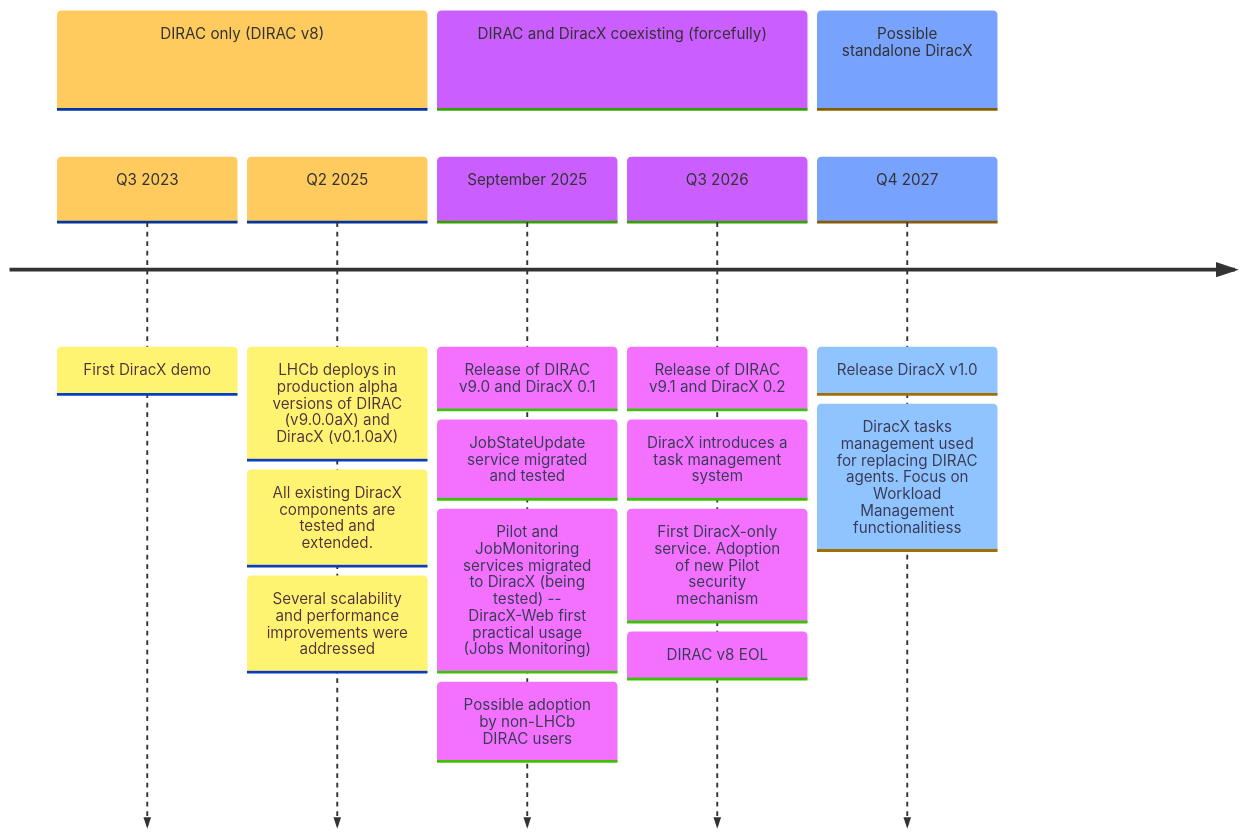
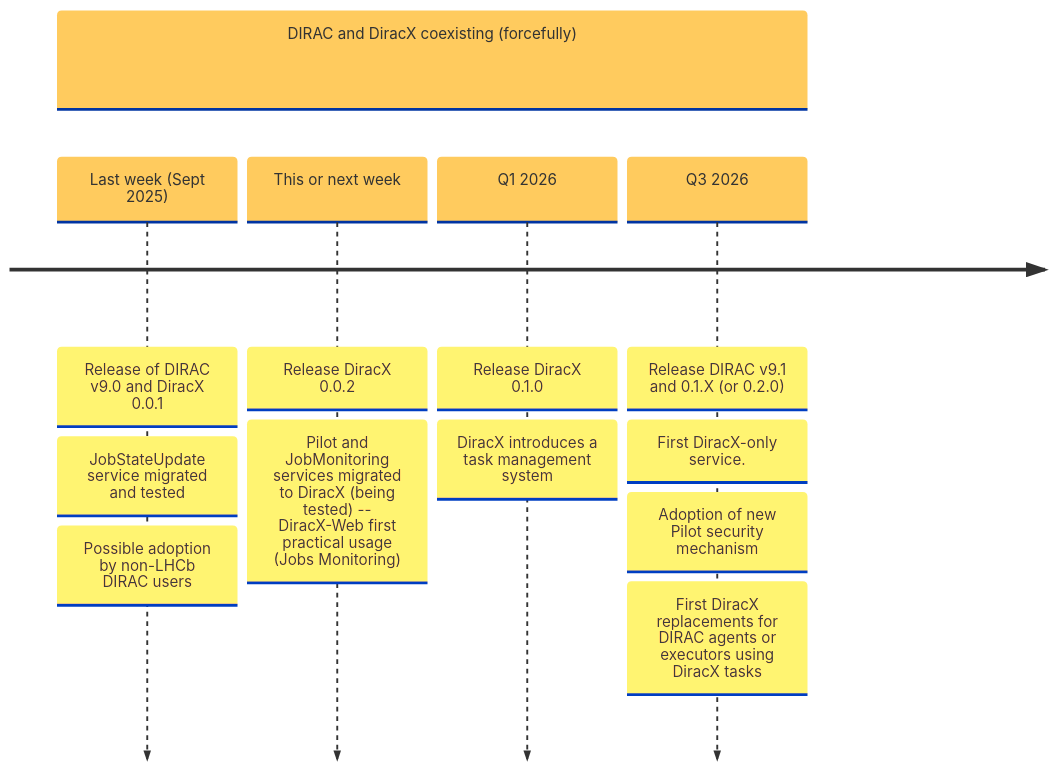
Before and after one commit to fstagni/2025_DUW_main: the second of 4 diagrams in slides.md, drawn with Mermaid. The commit also changed other lines of this file, not shown here.

Commit message:
better timelines

````diff
--- a/slides.md
+++ b/slides.md
@@ -45,21 +117,16 @@
 ```mermaid {scale:0.5}
 %%{init: { 'logLevel': 'debug', 'theme': 'base', 'timeline': {'disableMulticolor': true}}}%%
     timeline
-        section DIRAC only (DIRAC v8)
-            Q3 2023 : First DiracX demo
-            Q2 2025 : LHCb deploys in production alpha versions of DIRAC (v9.0.0aX) and DiracX (v0.1.0aX)
-                    : All existing DiracX components are tested and extended.
-                    : Several scalability and performance improvements were addressed
         section DIRAC and DiracX coexisting (forcefully)
-            September 2025 : Release of DIRAC v9.0 and DiracX 0.1
-                           : JobStateUpdate service migrated and tested
-                           : Pilot and JobMonitoring services migrated to DiracX (being tested) -- DiracX-Web first practical usage (Jobs Monitoring)
-                           : Possible adoption by non-LHCb DIRAC users
-            Q3 2026 : Release of DIRAC v9.1 and DiracX 0.2
+            Last week (Sept 2025) : Release of DIRAC v9.0 and DiracX 0.0.1
+                                  : JobStateUpdate service migrated and tested
+                                  : Possible adoption by non-LHCb DIRAC users
+            This or next week : Release DiracX 0.0.2
+                              : Pilot and JobMonitoring services migrated to DiracX (being tested) -- DiracX-Web first practical usage (Jobs Monitoring)
+            Q1 2026 : Release DiracX 0.1.0
                     : DiracX introduces a task management system
-                    : First DiracX-only service. Adoption of new Pilot security mechanism
-                    : DIRAC v8 EOL
-        section Possible standalone DiracX
-            Q4 2027 : Release DiracX v1.0
-                    : DiracX tasks management used for replacing DIRAC agents. Focus on Workload Management functionalitiess
+            Q3 2026 : Release DIRAC v9.1 and 0.1.X (or 0.2.0)
+                    : First DiracX-only service. 
+                    : Adoption of new Pilot security mechanism
+                    : First DiracX replacements for DIRAC agents or executors using DiracX tasks
 ```
````
